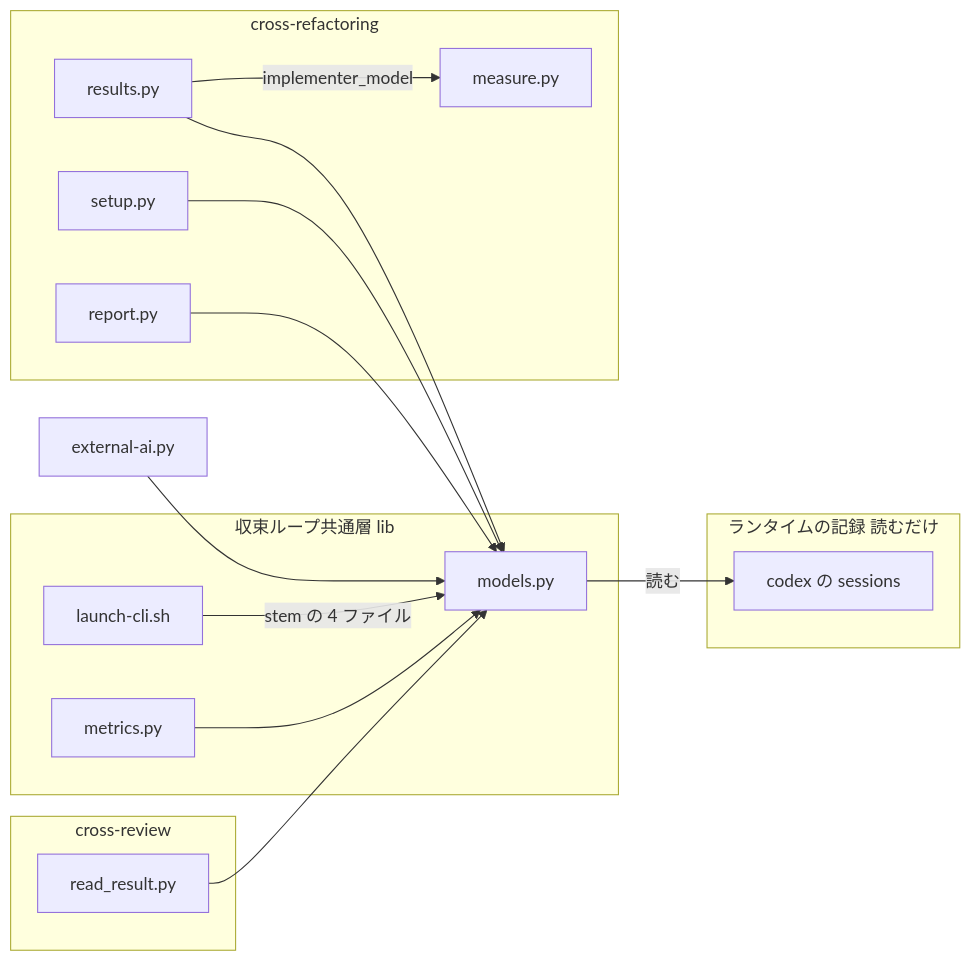
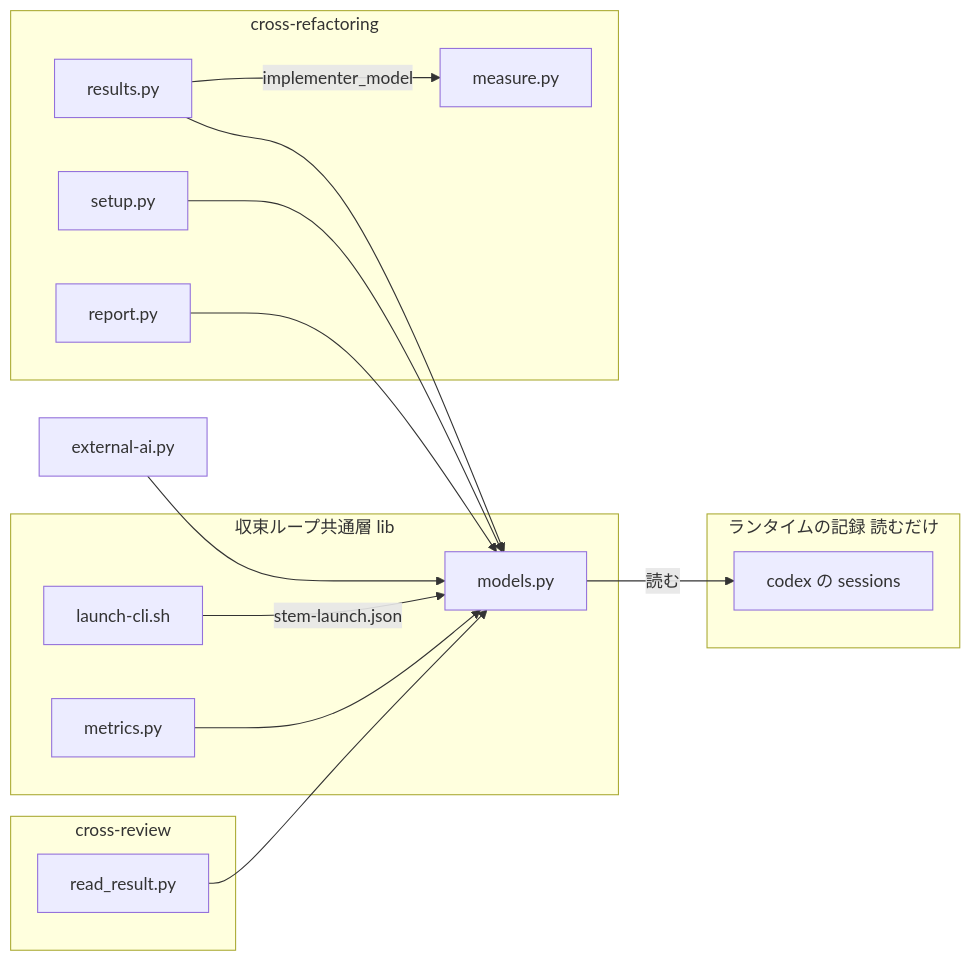
Before and after one commit to devbasex/ai-plugins: the first of 3 diagrams in issues/issue-759-design.md, drawn with Mermaid. The commit also changed other lines of this file, not shown here.

````diff
--- a/issues/issue-759-design.md
+++ b/issues/issue-759-design.md
@@ -111,30 +111,30 @@
 ```mermaid
 graph LR
     subgraph lib[収束ループ共通層 lib]
         L[launch-cli.sh]
         M[models.py]
         MT[metrics.py]
     end
     subgraph rf[cross-refactoring]
         RS[results.py]
         SU[setup.py]
         RP[report.py]
         ME[measure.py]
     end
     subgraph cr[cross-review]
         RR[read_result.py]
     end
     EA[external-ai.py]
     subgraph ext[ランタイムの記録 読むだけ]
         CS[codex の sessions]
     end
-    L -->|stem の 4 ファイル| M
+    L -->|stem-launch.json| M
     M -->|読む| CS
     RS --> M
     SU --> M
     RP --> M
     RR --> M
     EA --> M
     MT --> M
     RS -->|implementer_model| ME
 ```
````
